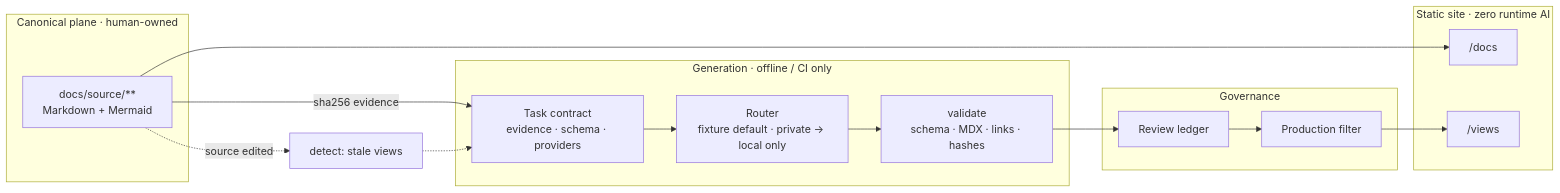
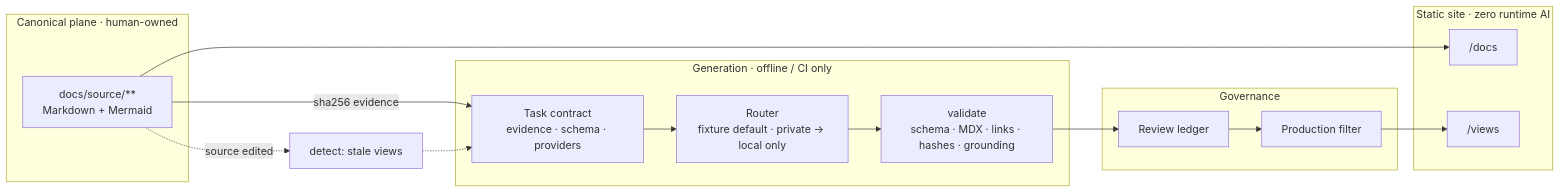
One commit to w7-mgfcode/doCCAD_pre changed the diagram in README.md. Above: the diagram before and after it, drawn with Mermaid. The commit also changed other lines of this file and 1 other file, not shown here.

````diff
--- a/README.md
+++ b/README.md
@@ -99,22 +105,22 @@
 ```mermaid
 flowchart LR
     subgraph C["Canonical plane · human-owned"]
         SRC["docs/source/**<br/>Markdown + Mermaid"]
     end
     subgraph G["Generation · offline / CI only"]
         CT["Task contract<br/>evidence · schema · providers"]
         RT["Router<br/>fixture default · private → local only"]
-        VAL["validate<br/>schema · MDX · links · hashes"]
+        VAL["validate<br/>schema · MDX · links · hashes · grounding"]
     end
     subgraph R["Governance"]
         REV["Review ledger"]
         FIL["Production filter"]
     end
     subgraph P["Static site · zero runtime AI"]
         DOCS["/docs"]
         VIEWS["/views"]
     end
     SRC -->|sha256 evidence| CT --> RT --> VAL --> REV --> FIL --> VIEWS
     SRC --> DOCS
     SRC -.->|source edited| DET["detect: stale views"] -.-> CT
 ```
````
